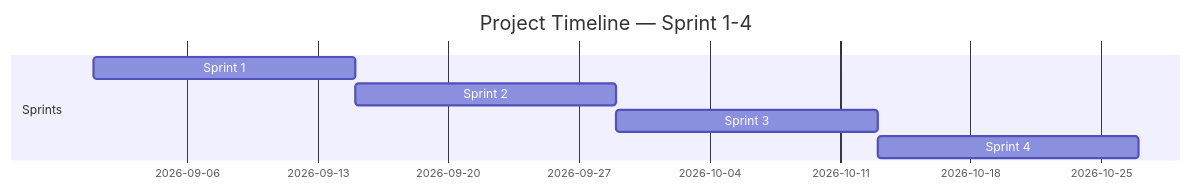
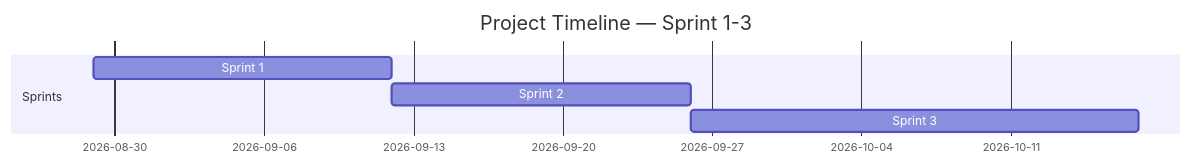
The diagram in docs/04_Agile/02-sprint-backlog.md (Sambopukkazz/DG225_CoreX), drawn with Mermaid before and after one commit. The commit also changed other lines of this file and 1 other file, not shown here.

Commit message:
Update sprint backlog dates and enhance team capacity section

````diff
--- a/docs/04_Agile/02-sprint-backlog.md
+++ b/docs/04_Agile/02-sprint-backlog.md
@@ -19,10 +19,9 @@
 ```mermaid
 gantt
-    title Project Timeline — Sprint 1-4
+    title Project Timeline — Sprint 1-3
     dateFormat  YYYY-MM-DD
     section Sprints
-    Sprint 1 :s1, 2026-09-01, 14d
+    Sprint 1 :s1, 2026-08-29, 14d
     Sprint 2 :s2, after s1, 14d
-    Sprint 3 :s3, after s2, 14d
-    Sprint 4 :s4, after s3, 14d
+    Sprint 3 :s3, after s2, 21d
 ```
````
